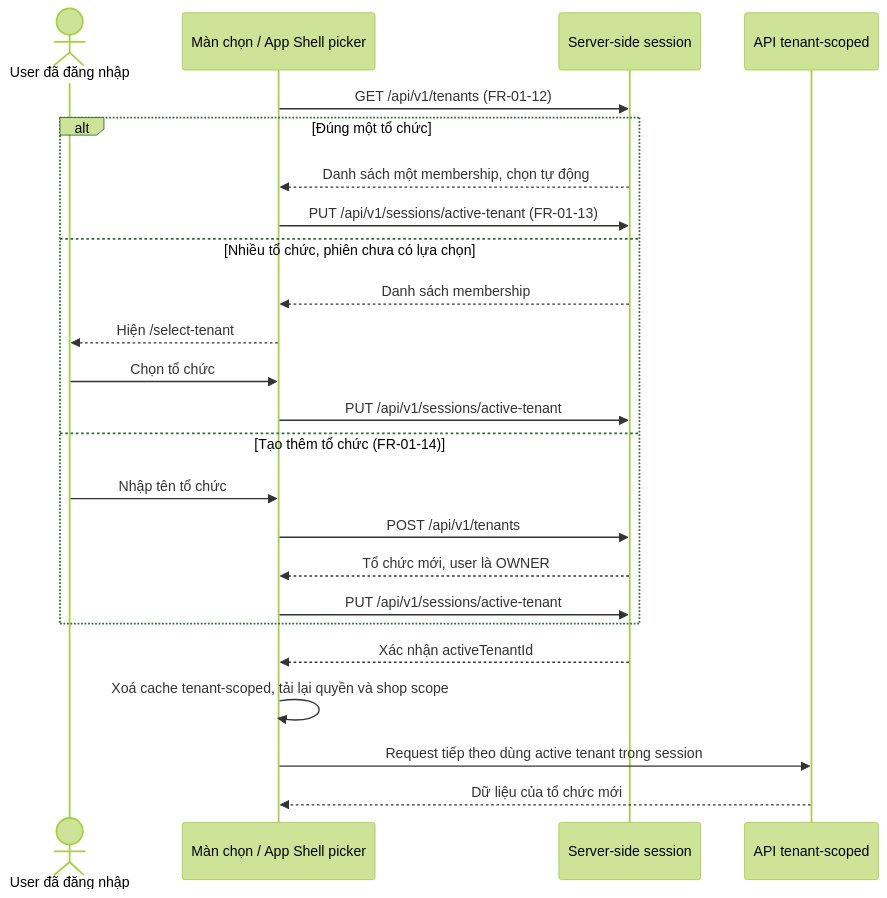
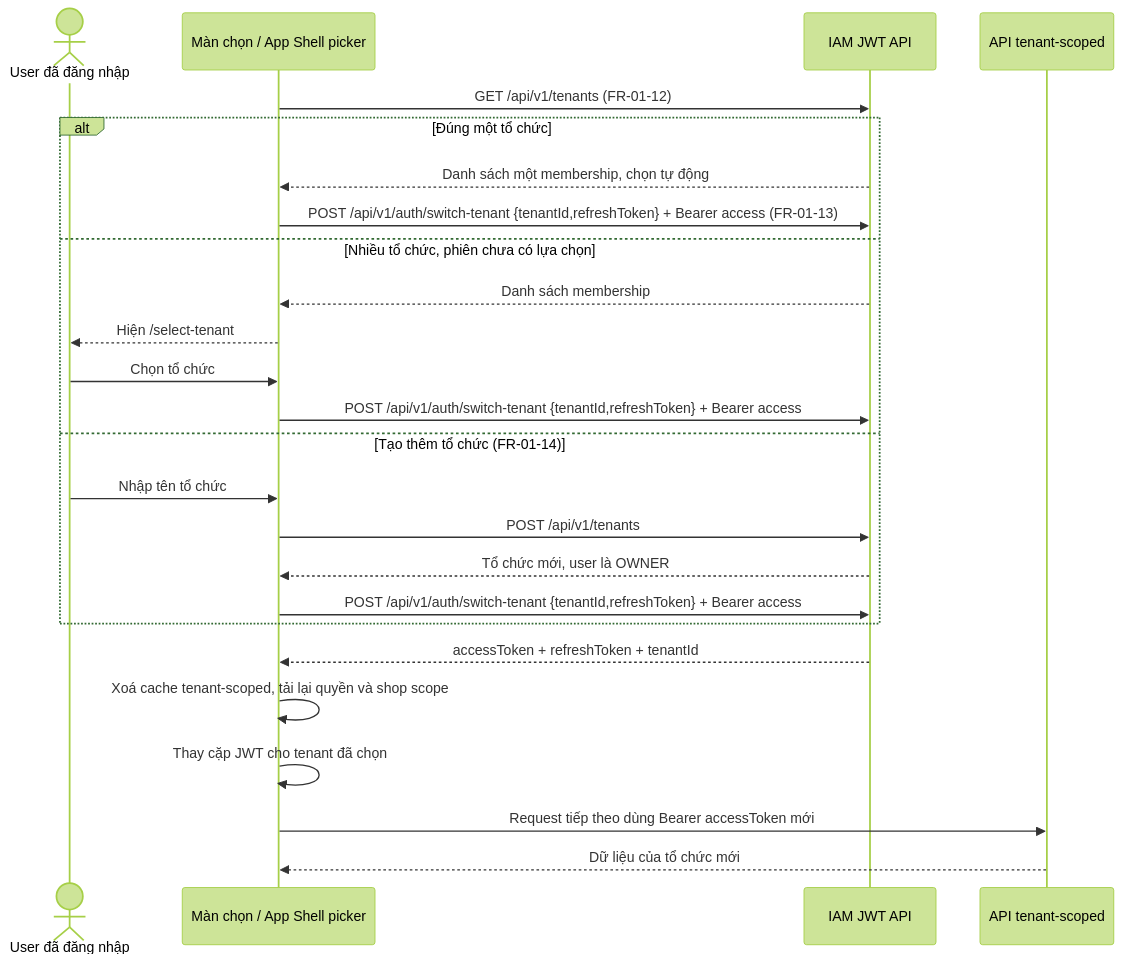
One commit to NDQuynh259/vishop-platform changed the second of 8 diagrams in docs/product/vishop-sitemap-flows.md. Above: the diagram before and after it, drawn with Mermaid (forest theme). The commit also changed other lines of this file and 109 other files, not shown here.

````diff
--- a/docs/product/vishop-sitemap-flows.md
+++ b/docs/product/vishop-sitemap-flows.md
@@ -186,27 +186,28 @@
 ```mermaid
 sequenceDiagram
     actor U as User đã đăng nhập
     participant P as Màn chọn / App Shell picker
-    participant S as Server-side session
+    participant S as IAM JWT API
     participant A as API tenant-scoped
 
     P->>S: GET /api/v1/tenants (FR-01-12)
     alt Đúng một tổ chức
         S-->>P: Danh sách một membership, chọn tự động
-        P->>S: PUT /api/v1/sessions/active-tenant (FR-01-13)
+        P->>S: POST /api/v1/auth/switch-tenant {tenantId,refreshToken} + Bearer access (FR-01-13)
     else Nhiều tổ chức, phiên chưa có lựa chọn
         S-->>P: Danh sách membership
         P-->>U: Hiện /select-tenant
         U->>P: Chọn tổ chức
-        P->>S: PUT /api/v1/sessions/active-tenant
+        P->>S: POST /api/v1/auth/switch-tenant {tenantId,refreshToken} + Bearer access
     else Tạo thêm tổ chức (FR-01-14)
         U->>P: Nhập tên tổ chức
         P->>S: POST /api/v1/tenants
         S-->>P: Tổ chức mới, user là OWNER
-        P->>S: PUT /api/v1/sessions/active-tenant
+        P->>S: POST /api/v1/auth/switch-tenant {tenantId,refreshToken} + Bearer access
     end
-    S-->>P: Xác nhận activeTenantId
+    S-->>P: accessToken + refreshToken + tenantId
     P->>P: Xoá cache tenant-scoped, tải lại quyền và shop scope
-    P->>A: Request tiếp theo dùng active tenant trong session
+    P->>P: Thay cặp JWT cho tenant đã chọn
+    P->>A: Request tiếp theo dùng Bearer accessToken mới
     A-->>P: Dữ liệu của tổ chức mới
 ```
````
